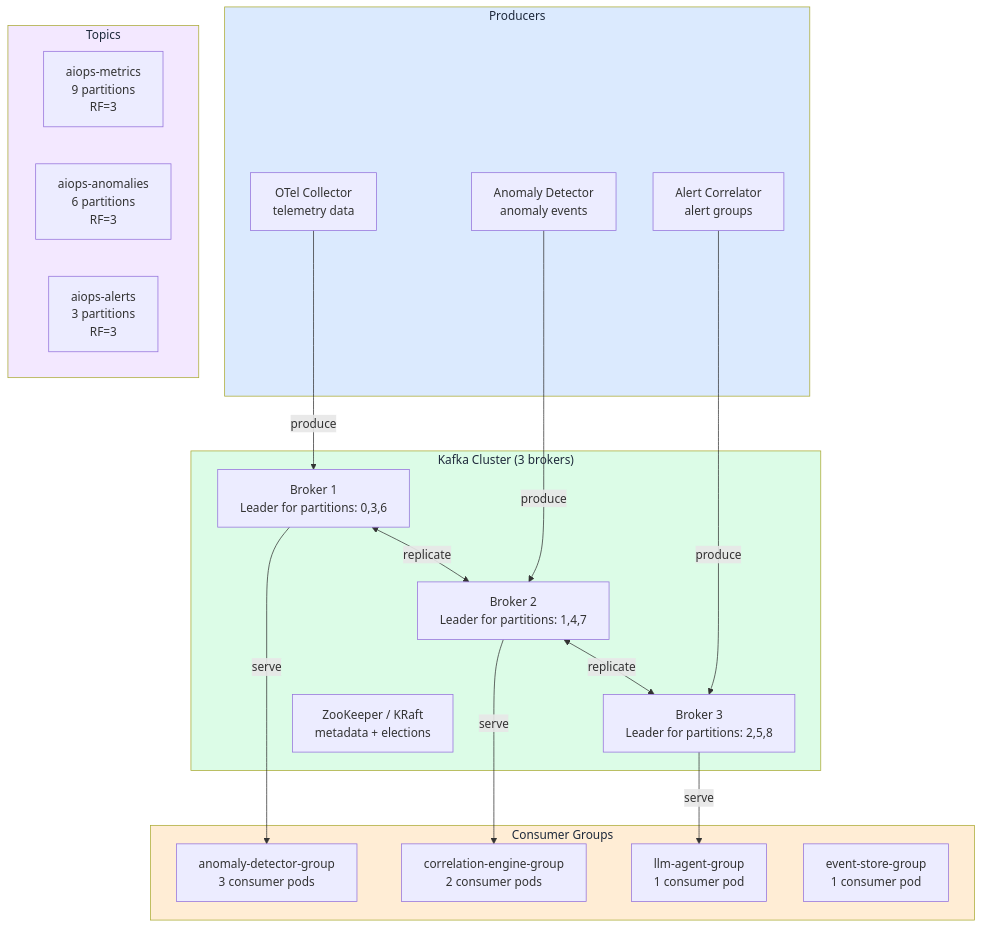
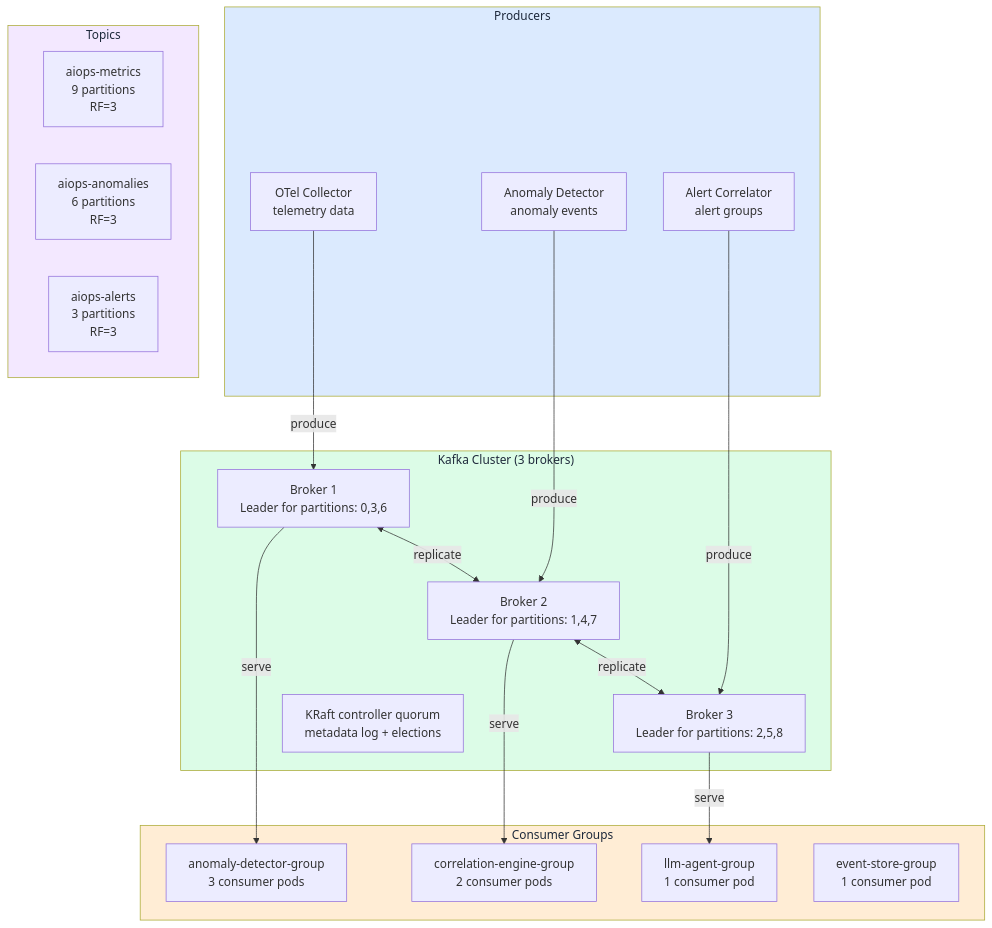
The third of 10 diagrams in docs/en/07-kafka/README.md (XUanhoa04/aiops-engineering-handbook), drawn with Mermaid before and after one commit. The commit also changed other lines of this file and 52 other files, not shown here.

Commit message:
docs: modernize and reproduce architecture diagrams

````diff
--- a/docs/en/07-kafka/README.md
+++ b/docs/en/07-kafka/README.md
@@ -103,44 +103,44 @@
 ```mermaid
 graph TD
     subgraph Producers["Producers"]
         P1[OTel Collector\ntelemetry data]
         P2[Anomaly Detector\nanomaly events]
         P3[Alert Correlator\nalert groups]
     end
 
     subgraph Kafka["Kafka Cluster (3 brokers)"]
         B1[Broker 1\nLeader for partitions: 0,3,6]
         B2[Broker 2\nLeader for partitions: 1,4,7]
         B3[Broker 3\nLeader for partitions: 2,5,8]
-        ZK[ZooKeeper / KRaft\nmetadata + elections]
+        KRAFT[KRaft controller quorum\nmetadata log + elections]
     end
 
     subgraph Topics["Topics"]
         T1[aiops-metrics\n9 partitions\nRF=3]
         T2[aiops-anomalies\n6 partitions\nRF=3]
         T3[aiops-alerts\n3 partitions\nRF=3]
     end
 
     subgraph Consumers["Consumer Groups"]
         CG1[anomaly-detector-group\n3 consumer pods]
         CG2[correlation-engine-group\n2 consumer pods]
         CG3[llm-agent-group\n1 consumer pod]
         CG4[event-store-group\n1 consumer pod]
     end
 
     P1 -->|produce| B1
     P2 -->|produce| B2
     P3 -->|produce| B3
 
     B1 <-->|replicate| B2
     B2 <-->|replicate| B3
 
     B1 -->|serve| CG1
     B2 -->|serve| CG2
     B3 -->|serve| CG3
 
     style Producers fill:#dbeafe,color:#1e293b
     style Kafka fill:#dcfce7,color:#1e293b
     style Topics fill:#f3e8ff,color:#1e293b
     style Consumers fill:#ffedd5,color:#1e293b
 ```
````
